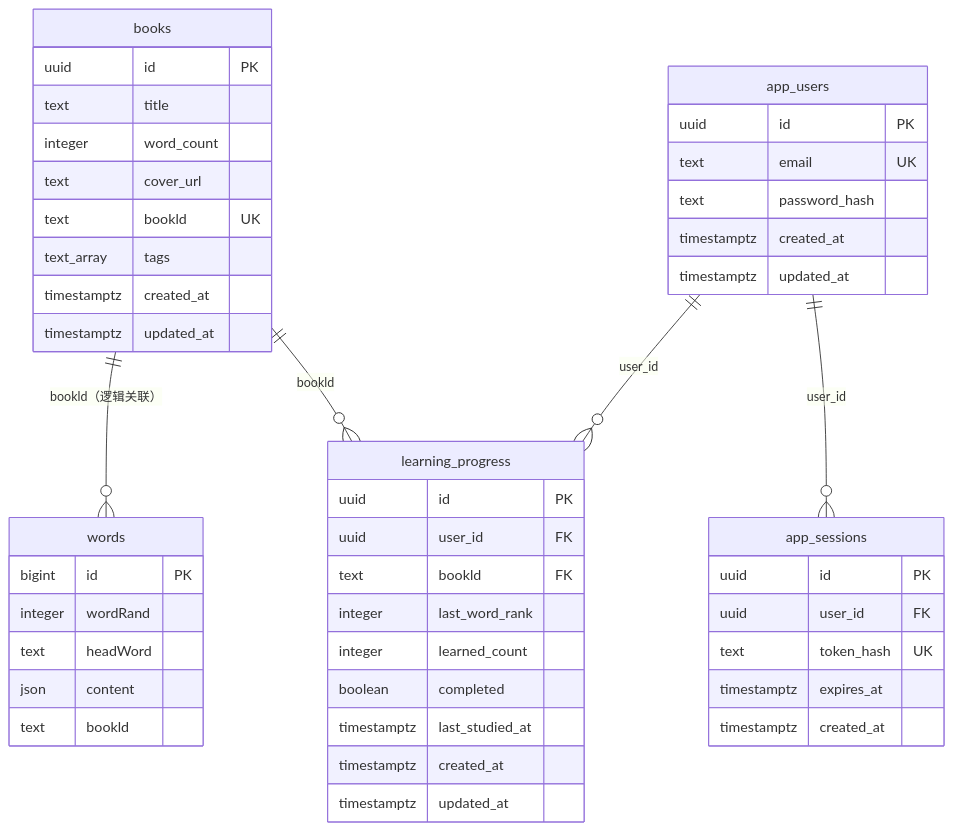
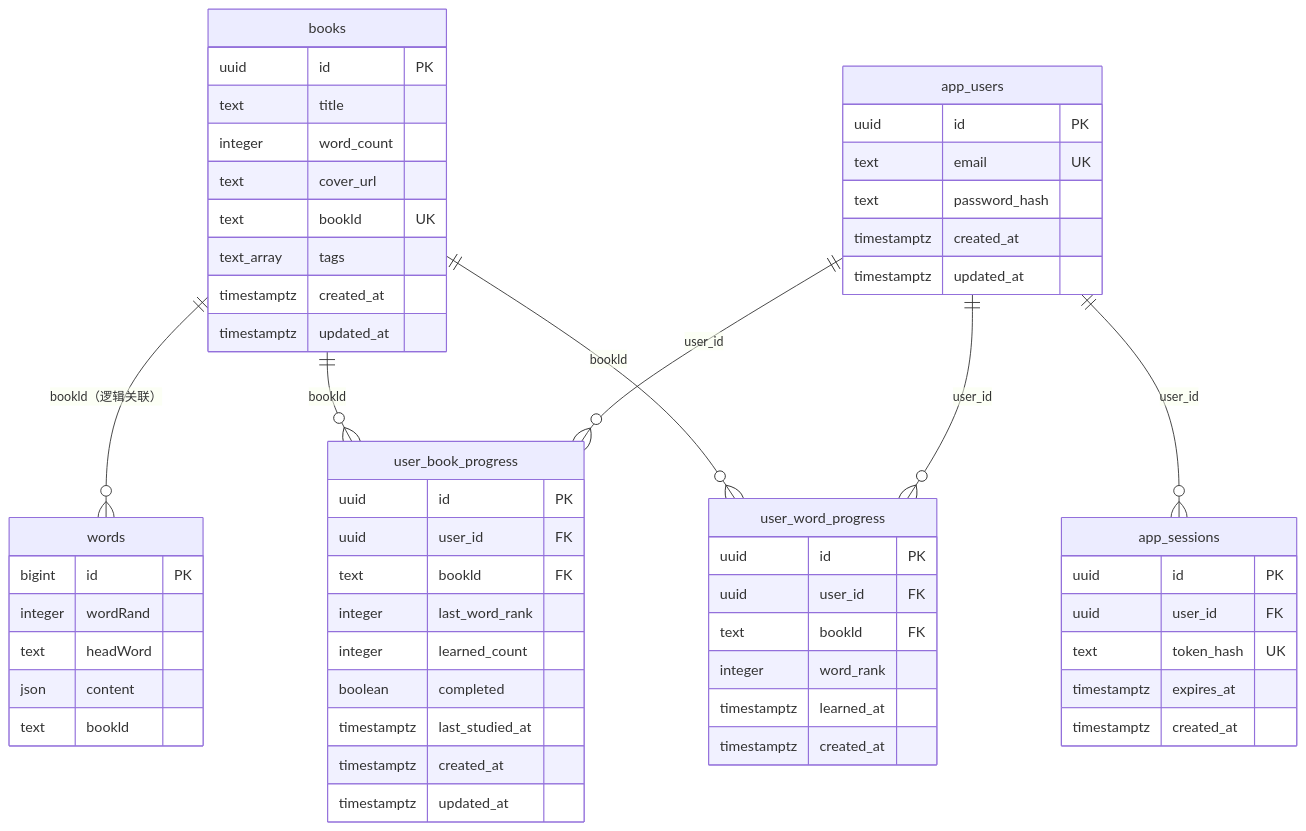
Before and after one commit to Jasper-Liao2026/wordslearn: the second of 4 diagrams in nextjs-starter/docs/design.md, drawn with Mermaid. The commit also changed other lines of this file and 1 other file, not shown here.

````diff
--- a/nextjs-starter/docs/design.md
+++ b/nextjs-starter/docs/design.md
@@ -319,50 +365,60 @@
 ```mermaid
 erDiagram
   books ||--o{ words : "bookld（逻辑关联）"
-  books ||--o{ learning_progress : "bookld"
+  books ||--o{ user_book_progress : "bookld"
+  books ||--o{ user_word_progress : "bookld"
   app_users ||--o{ app_sessions : "user_id"
-  app_users ||--o{ learning_progress : "user_id"
+  app_users ||--o{ user_book_progress : "user_id"
+  app_users ||--o{ user_word_progress : "user_id"
 
   books {
     uuid id PK
     text title
     integer word_count
     text cover_url
     text bookld UK
     text_array tags
     timestamptz created_at
     timestamptz updated_at
   }
   words {
     bigint id PK
     integer wordRand
     text headWord
     json content
     text bookld
   }
   app_users {
     uuid id PK
     text email UK
     text password_hash
     timestamptz created_at
     timestamptz updated_at
   }
   app_sessions {
     uuid id PK
     uuid user_id FK
     text token_hash UK
     timestamptz expires_at
     timestamptz created_at
   }
-  learning_progress {
+  user_book_progress {
     uuid id PK
     uuid user_id FK
     text bookld FK
     integer last_word_rank
     integer learned_count
     boolean completed
     timestamptz last_studied_at
     timestamptz created_at
     timestamptz updated_at
   }
+  user_word_progress {
+    uuid id PK
+    uuid user_id FK
+    text bookld FK
+    integer word_rank
+    timestamptz learned_at
+    timestamptz created_at
+  }
 ```
````
